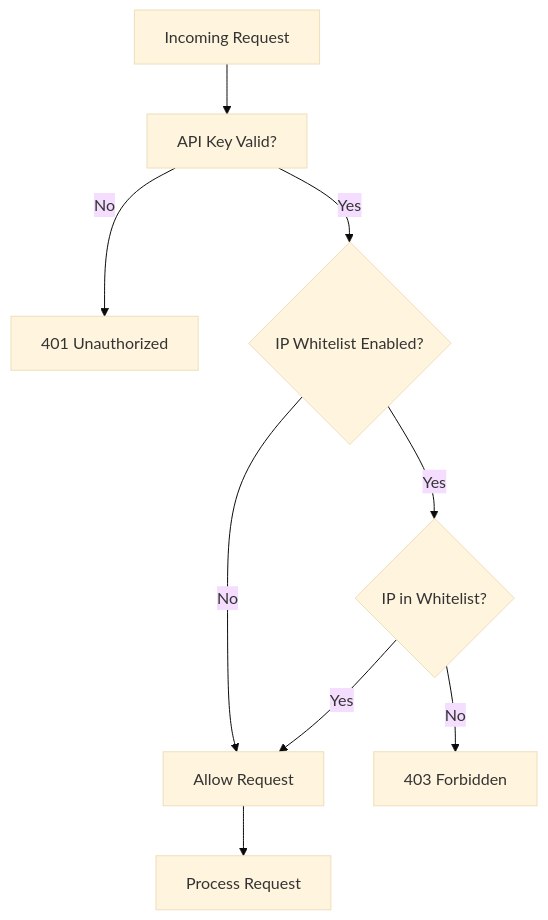
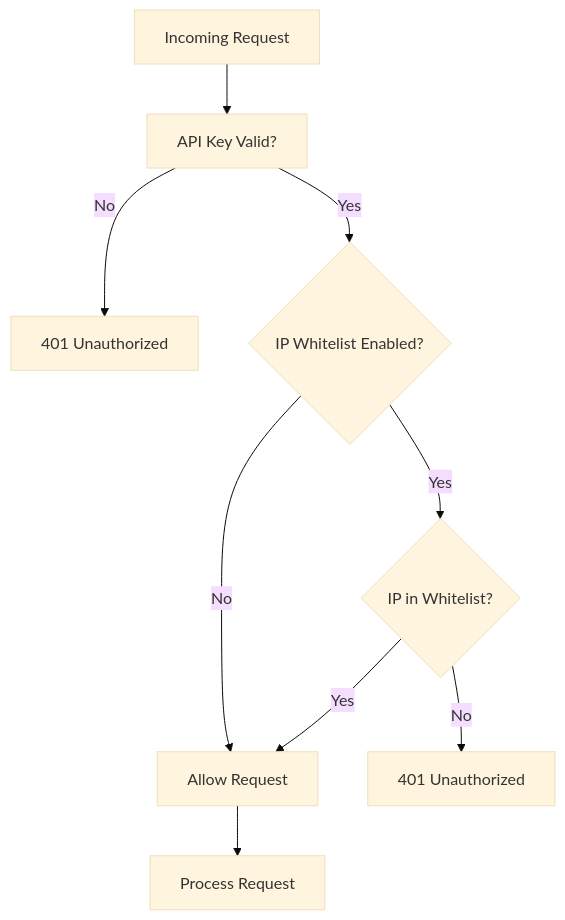
Before and after one commit to nourayman21k/OpenWA: the third of 9 diagrams in docs/04-security-design.md, drawn with Mermaid (base theme). The commit also changed other lines of this file and 29 other files, not shown here.

````diff
--- a/docs/04-security-design.md
+++ b/docs/04-security-design.md
@@ -88,11 +101,11 @@
 ```mermaid
 flowchart TB
     REQ[Incoming Request] --> AUTH[API Key Valid?]
     AUTH -->|No| R401[401 Unauthorized]
     AUTH -->|Yes| WL{IP Whitelist Enabled?}
     WL -->|No| ALLOW[Allow Request]
     WL -->|Yes| CHECK{IP in Whitelist?}
-    CHECK -->|No| R403[403 Forbidden]
+    CHECK -->|No| RIP[401 Unauthorized]
     CHECK -->|Yes| ALLOW
     ALLOW --> PROCESS[Process Request]
 ```
````
